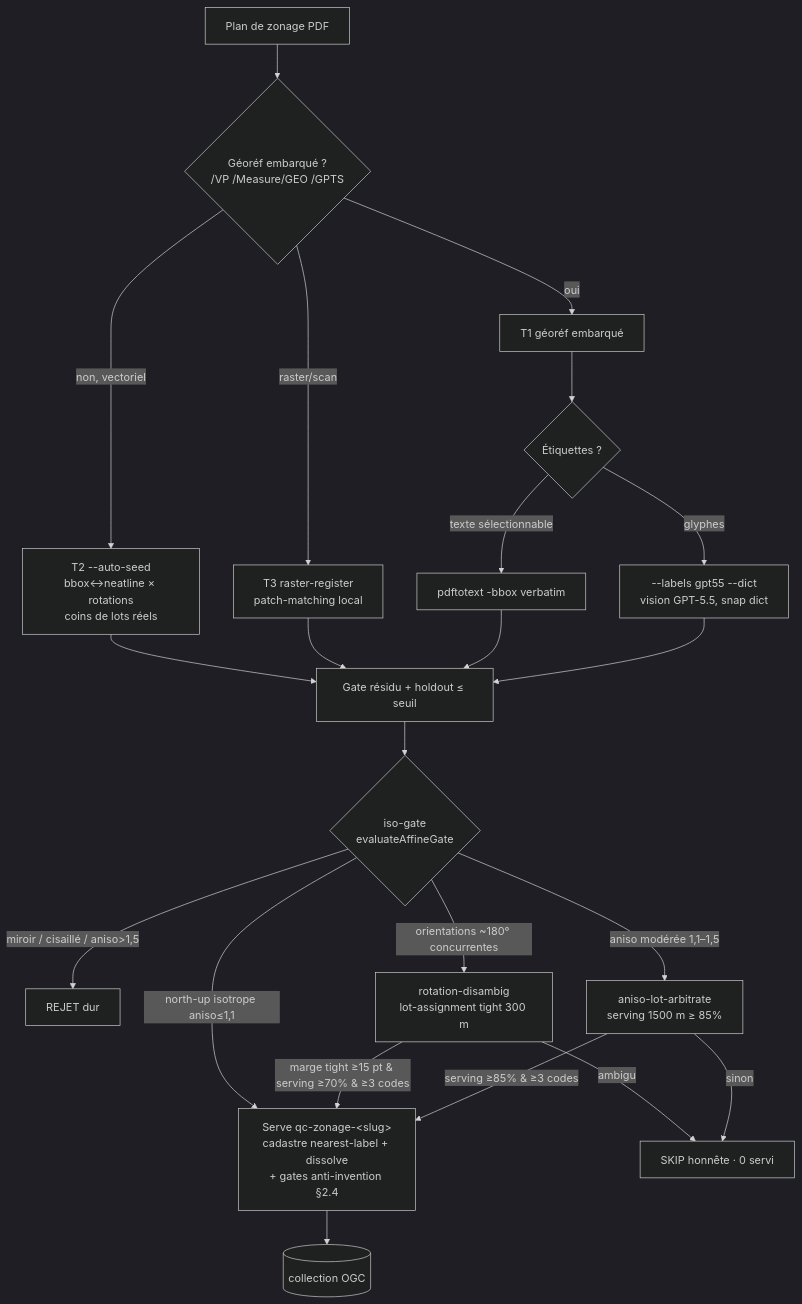
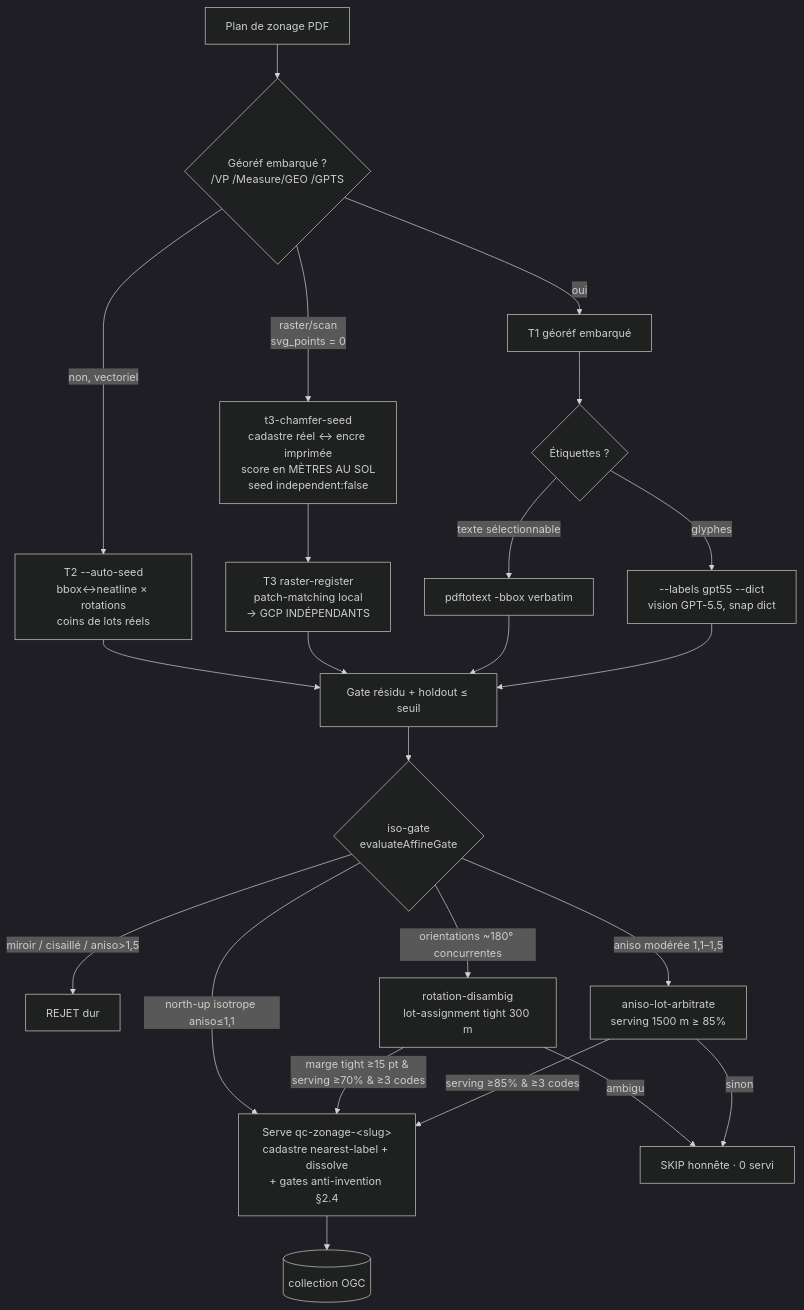
Before and after one commit to rhanka/geo: the diagram in docs/spec/zonage-georeferencement-gcp.md, drawn with Mermaid (dark theme). The commit also changed other lines of this file, not shown here.

First line of the commit message:
docs(spec): §6.5 T3 amorce -- seed chamfer depuis le cadastre imprime

````diff
--- a/docs/spec/zonage-georeferencement-gcp.md
+++ b/docs/spec/zonage-georeferencement-gcp.md
@@ -349,24 +426,25 @@
 ```mermaid
 flowchart TD
   PDF[Plan de zonage PDF] --> Q1{Géoréf embarqué ?<br/>/VP /Measure/GEO /GPTS}
   Q1 -- oui --> T1[T1 géoréf embarqué]
   Q1 -- non, vectoriel --> T2[T2 --auto-seed<br/>bbox↔neatline × rotations<br/>coins de lots réels]
-  Q1 -- raster/scan --> T3[T3 raster-register<br/>patch-matching local]
+  Q1 -- raster/scan<br/>svg_points = 0 --> SEED[t3-chamfer-seed<br/>cadastre réel ↔ encre imprimée<br/>score en MÈTRES AU SOL<br/>seed independent:false]
+  SEED --> T3[T3 raster-register<br/>patch-matching local<br/>→ GCP INDÉPENDANTS]
   T1 --> L{Étiquettes ?}
   L -- texte sélectionnable --> LT[pdftotext -bbox verbatim]
   L -- glyphes --> LG[--labels gpt55 --dict<br/>vision GPT-5.5, snap dict]
   T2 --> RES
   T3 --> RES
   LT --> RES
   LG --> RES
   RES[Gate résidu + holdout ≤ seuil] --> ISO{iso-gate<br/>evaluateAffineGate}
   ISO -- miroir / cisaillé / aniso&gt;1,5 --> REJECT[REJET dur]
   ISO -- north-up isotrope aniso≤1,1 --> SERVE
   ISO -- orientations ~180° concurrentes --> DIS[rotation-disambig<br/>lot-assignment tight 300 m]
   ISO -- aniso modérée 1,1–1,5 --> ARB[aniso-lot-arbitrate<br/>serving 1500 m ≥ 85%]
   DIS -- marge tight ≥15 pt & serving ≥70% & ≥3 codes --> SERVE
   DIS -- ambigu --> SKIP[SKIP honnête · 0 servi]
   ARB -- serving ≥85% & ≥3 codes --> SERVE
   ARB -- sinon --> SKIP
   SERVE[Serve qc-zonage-&lt;slug&gt;<br/>cadastre nearest-label + dissolve<br/>+ gates anti-invention §2.4] --> OUT[(collection OGC)]
 ```
````
